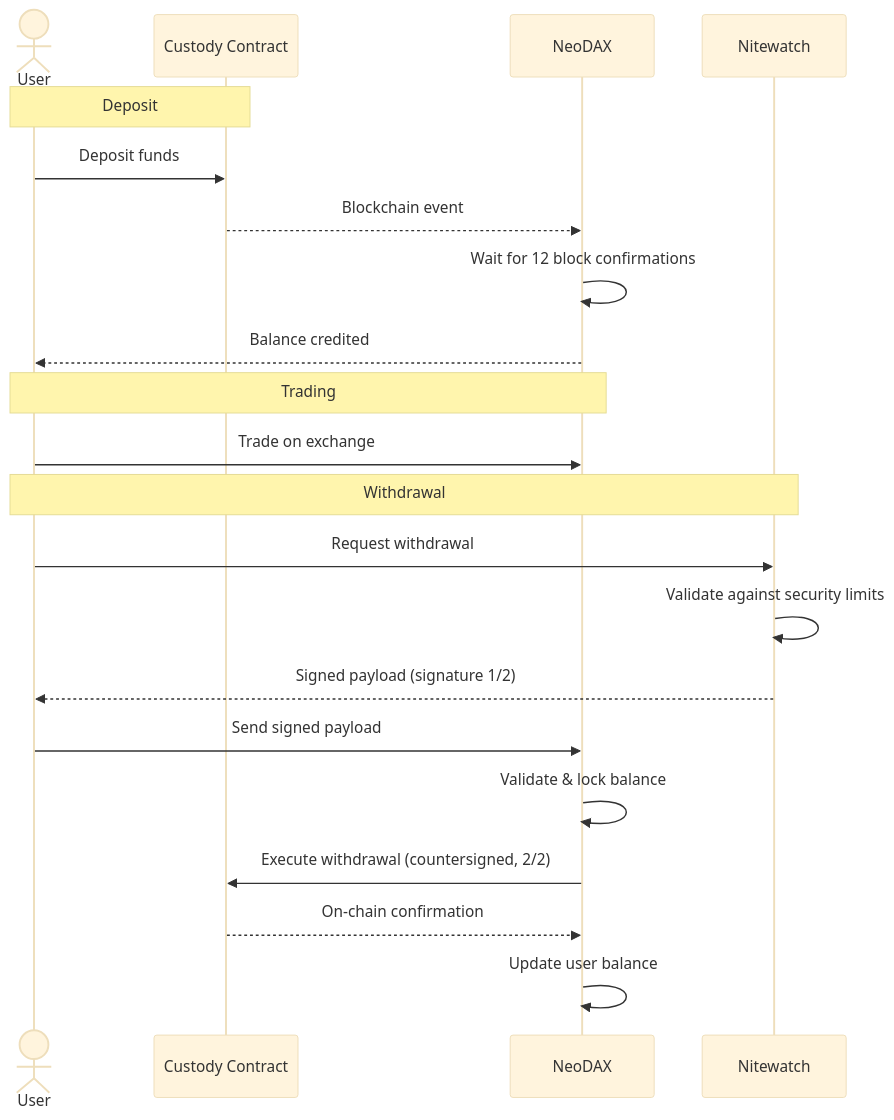
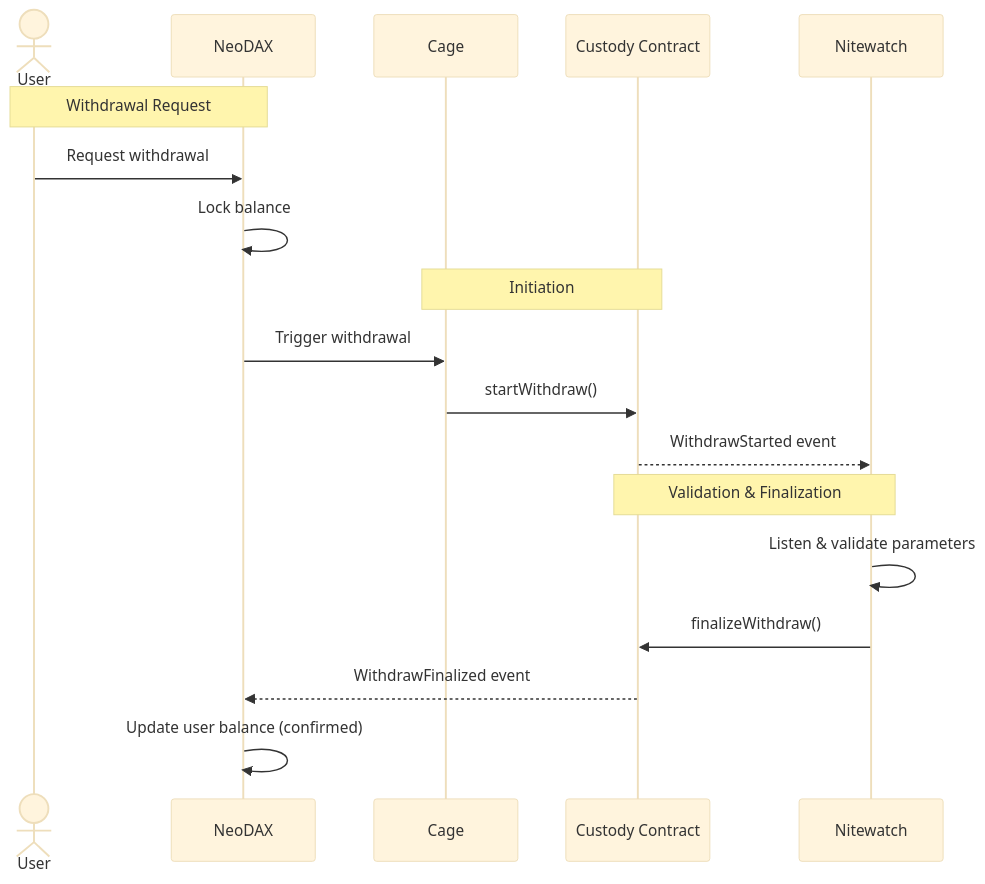
Before and after one commit to layer-3/nitewatch: the diagram in README.md, drawn with Mermaid (base theme). The commit also changed other lines of this file and 4 other files, not shown here.

````diff
--- a/README.md
+++ b/README.md
@@ -38,26 +36,23 @@
 ```mermaid
 sequenceDiagram
     actor User
+    participant NeoDAX
+    participant Cage
     participant Contract as Custody Contract
-    participant NeoDAX
     participant Nitewatch
 
-    Note over User, Contract: Deposit
-    User->>Contract: Deposit funds
-    Contract-->>NeoDAX: Blockchain event
-    NeoDAX->>NeoDAX: Wait for 12 block confirmations
-    NeoDAX-->>User: Balance credited
+    Note over User, NeoDAX: Withdrawal Request
+    User->>NeoDAX: Request withdrawal
+    NeoDAX->>NeoDAX: Lock balance
+    
+    Note over Cage, Contract: Initiation
+    NeoDAX->>Cage: Trigger withdrawal
+    Cage->>Contract: startWithdraw()
+    Contract-->>Nitewatch: WithdrawStarted event
 
-    Note over User, NeoDAX: Trading
-    User->>NeoDAX: Trade on exchange
-
-    Note over User, Nitewatch: Withdrawal
-    User->>Nitewatch: Request withdrawal
-    Nitewatch->>Nitewatch: Validate against security limits
-    Nitewatch-->>User: Signed payload (signature 1/2)
-    User->>NeoDAX: Send signed payload
-    NeoDAX->>NeoDAX: Validate & lock balance
-    NeoDAX->>Contract: Execute withdrawal (countersigned, 2/2)
-    Contract-->>NeoDAX: On-chain confirmation
-    NeoDAX->>NeoDAX: Update user balance
+    Note over Nitewatch, Contract: Validation & Finalization
+    Nitewatch->>Nitewatch: Listen & validate parameters
+    Nitewatch->>Contract: finalizeWithdraw()
+    Contract-->>NeoDAX: WithdrawFinalized event
+    NeoDAX->>NeoDAX: Update user balance (confirmed)
 ```
````
